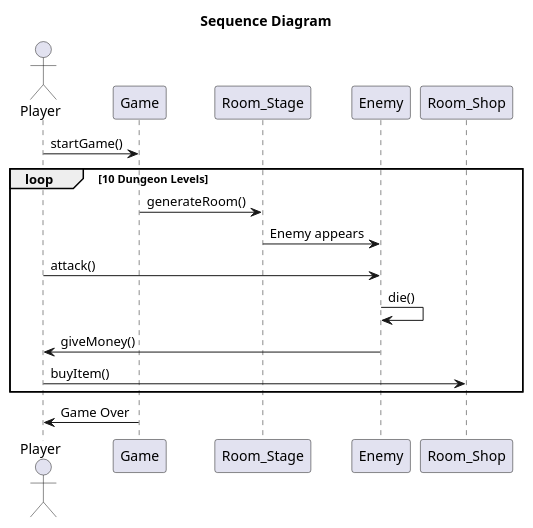
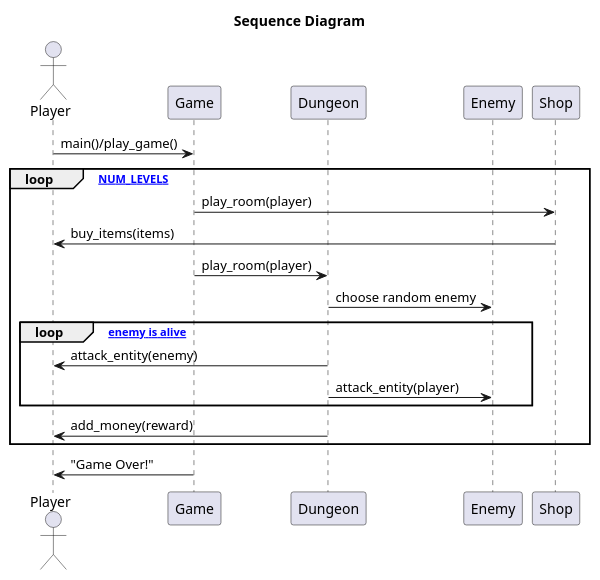
Before and after one commit to paulconnett/oop-group-final: the diagram in game/uml/process.plantuml, drawn with PlantUML. The commit also changed 9 other files, not shown here.

```diff
--- a/game/uml/process.plantuml
+++ b/game/uml/process.plantuml
@@ -1,22 +1,30 @@
 @startuml Process View
 title Sequence Diagram
 
 actor Player
+
 participant Game
-participant Room_Stage
+participant Dungeon
 participant Enemy
-participant Room_Shop
+participant Shop
 
-Player -> Game : startGame()
+Player -> Game : main()/play_game()
 
-loop 10 Dungeon Levels
-    Game -> Room_Stage : generateRoom()
-    Room_Stage -> Enemy : Enemy appears
-    Player -> Enemy : attack()
-    Enemy -> Enemy : die()
-    Player <- Enemy : giveMoney()
-    Player -> Room_Shop : buyItem()
+loop [NUM_LEVELS]
+  Game -> Shop : play_room(player)
+  Shop -> Player : buy_items(items)
+
+  Game -> Dungeon : play_room(player)
+  Dungeon -> Enemy : choose random enemy
+
+  loop [while enemy is alive]
+    Dungeon -> Player : attack_entity(enemy)
+    Dungeon -> Enemy : attack_entity(player)
+  end
+
+  Dungeon -> Player : add_money(reward)
 end
 
-Game -> Player : Game Over
+Game -> Player : "Game Over!"
+
 @enduml
```
